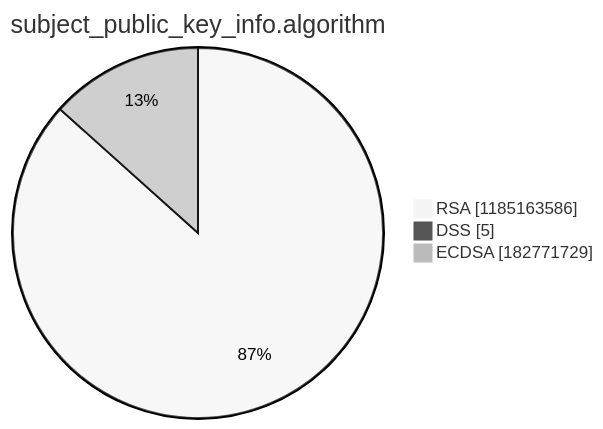
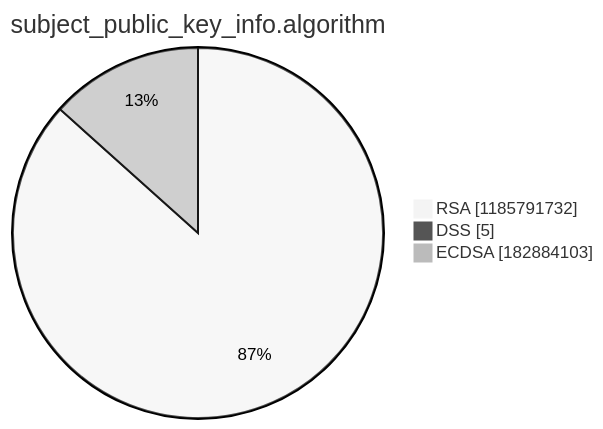
Before and after one commit to christiankrug/ctmonitor_visualization: the third of 15 diagrams in argon2022/README.md, drawn with Mermaid (neutral theme). The commit also changed other lines of this file, not shown here.

````diff
--- a/argon2022/README.md
+++ b/argon2022/README.md
@@ -14,7 +14,7 @@
 ```mermaid
 pie showData
 title subject_public_key_info.algorithm
-"RSA" :1185163586
+"RSA" :1185791732
 "DSS" :5
-"ECDSA" :182771729
+"ECDSA" :182884103
 ```
````
